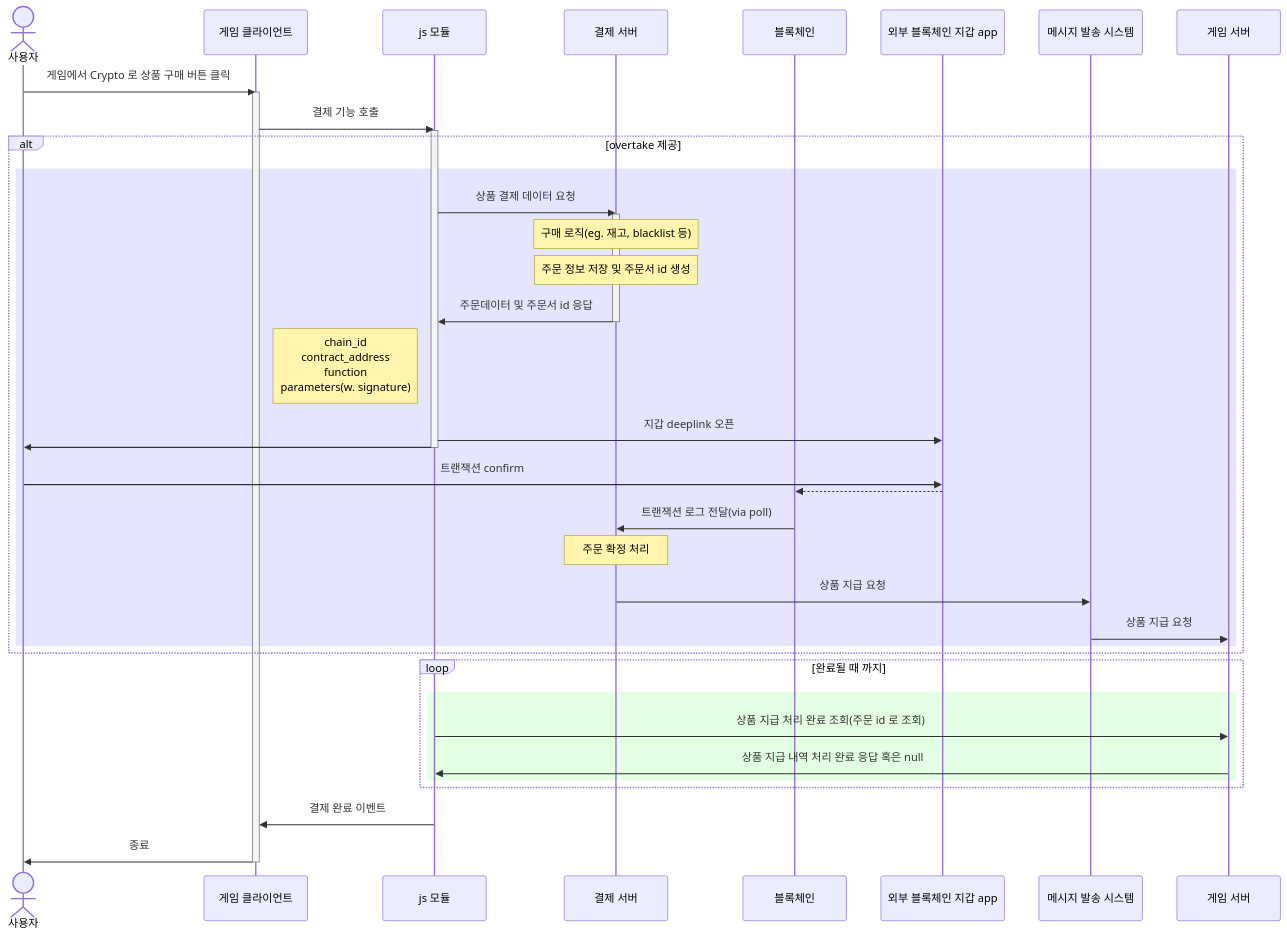
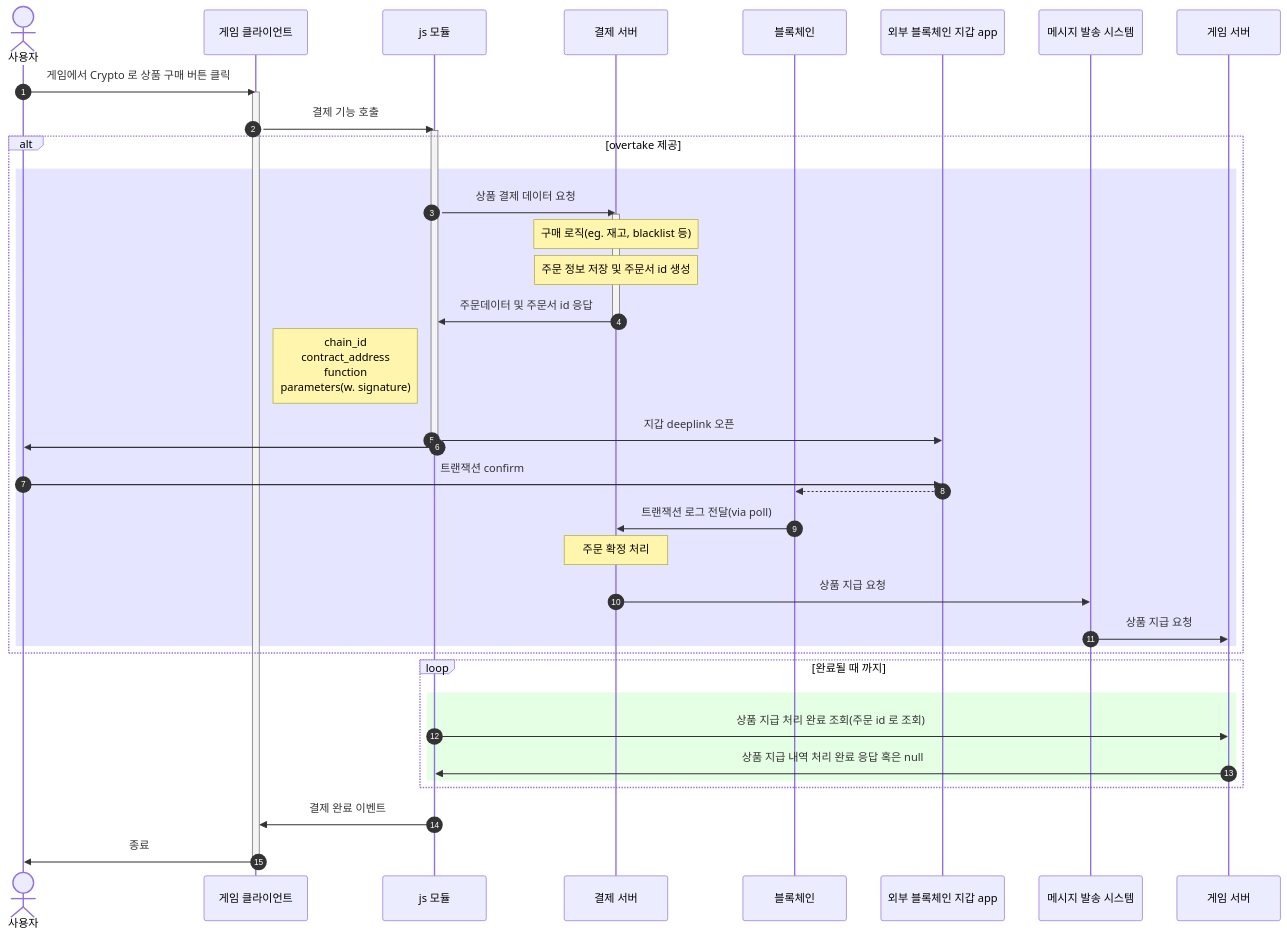
One commit to ottm-labs/ottm-labs.github.io changed the diagram in Overtake/topics/Crypto.md. Above: the diagram before and after it, drawn with Mermaid. The commit also changed 15 other files, not shown here.

````diff
--- a/Overtake/topics/Crypto.md
+++ b/Overtake/topics/Crypto.md
@@ -3,52 +3,53 @@
 ```mermaid
 sequenceDiagram
+    autonumber
 actor user as 사용자
 participant game as 게임 클라이언트
 participant js as js 모듈
 participant payment as 결제 서버
 participant chain as 블록체인
 participant wallet-app as 외부 블록체인 지갑 app
 participant sns as 메시지 발송 시스템
 participant game-ser as 게임 서버
 
 user ->> game: 게임에서 Crypto 로 상품 구매 버튼 클릭
 activate game
 game ->> js: 결제 기능 호출
 activate js
 alt overtake 제공
 rect rgba(0, 0, 255, .1)
 	js ->> payment: 상품 결제 데이터 요청
 	activate payment
 	Note over payment: 구매 로직(eg. 재고, blacklist 등)
 	Note over payment: 주문 정보 저장 및 주문서 id 생성
 	
 	payment ->> js: 주문데이터 및 주문서 id 응답
 		deactivate payment
 	Note left of js: chain_id<br>contract_address<br>function<br>parameters(w. signature)
 
 	
 	js ->> wallet-app: 지갑 deeplink 오픈
 	js ->> user: 
 	deactivate js
 	user ->> wallet-app: 트랜잭션 confirm
 	wallet-app -->> chain: 
 	chain ->> payment: 트랜잭션 로그 전달(via poll)
 	Note over payment: 주문 확정 처리
 	
 	payment ->> sns: 상품 지급 요청
 	sns ->> game-ser: 상품 지급 요청
 end
 end
 loop 완료될 때 까지
 	rect rgba(0, 255, 0, .1)
 	js ->> game-ser: 상품 지급 처리 완료 조회(주문 id 로 조회)
 	game-ser ->> js: 상품 지급 내역 처리 완료 응답 혹은 null
 	end
 end
 
 js ->> game: 결제 완료 이벤트
 game ->> user: 종료
 
 deactivate game
 
 ```
````
